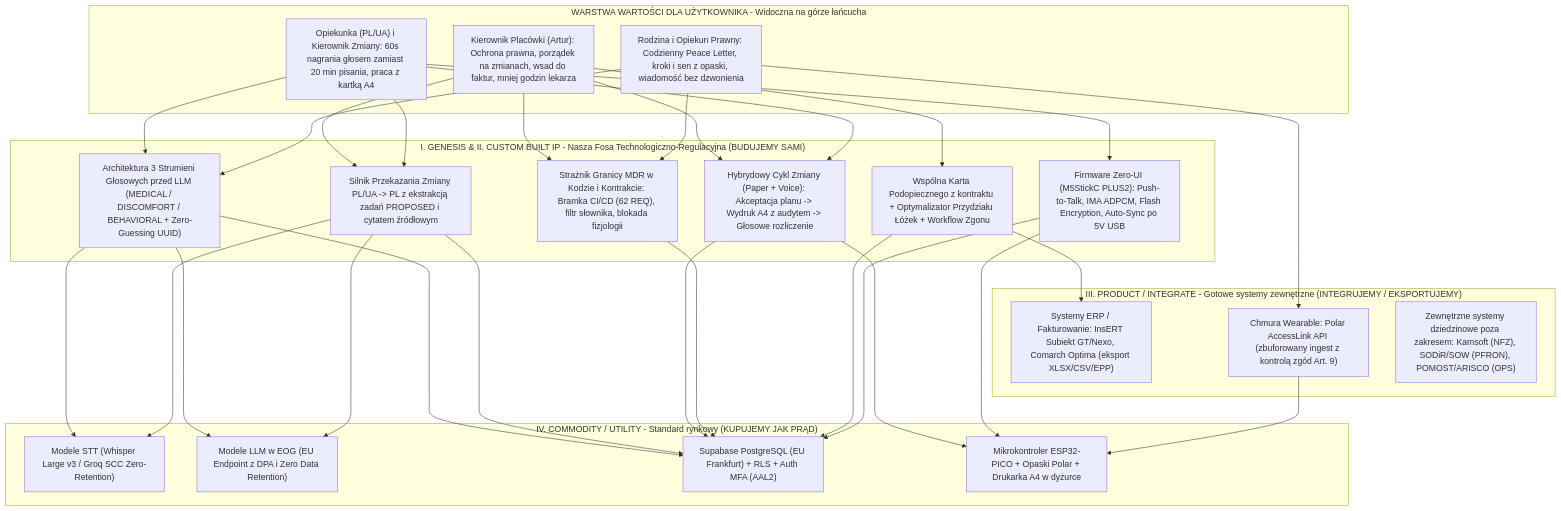
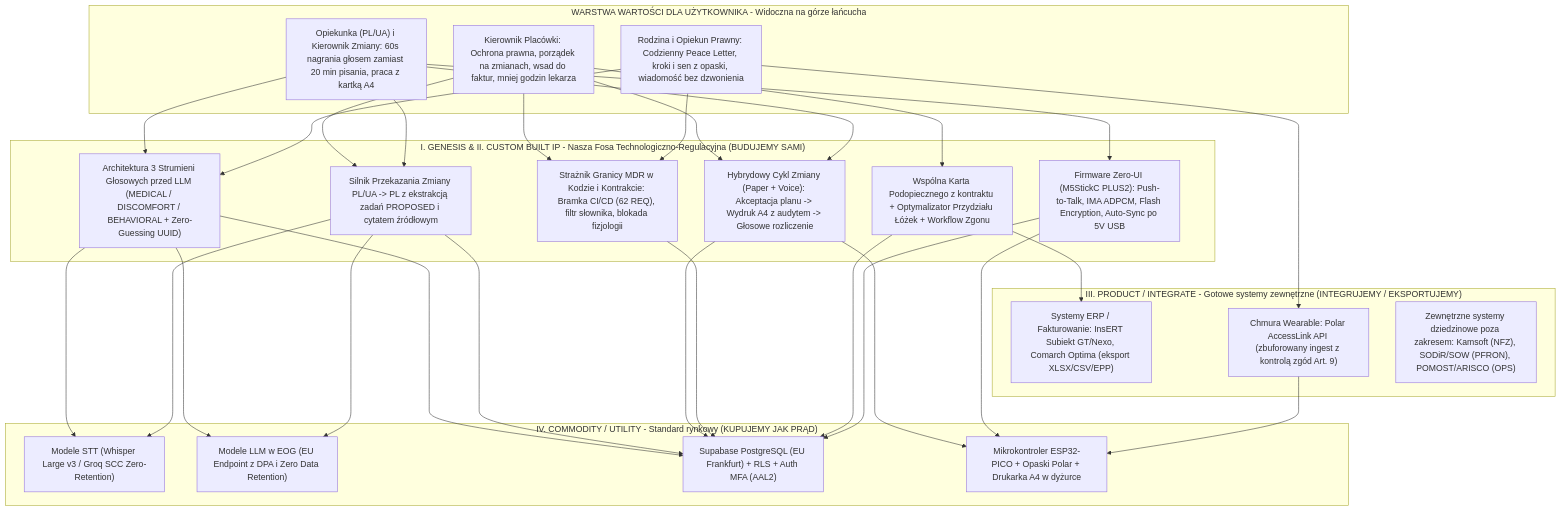
The fourth of 5 diagrams in docs/Product_discovery/00_STRATEGIA_I_MAPOWANIE_KONKURENCJI.md (aiprojectmanagersznurowski-afk/silver_care), drawn with Mermaid before and after one commit. The commit also changed other lines of this file and 13 other files, not shown here.

````diff
--- a/docs/Product_discovery/00_STRATEGIA_I_MAPOWANIE_KONKURENCJI.md
+++ b/docs/Product_discovery/00_STRATEGIA_I_MAPOWANIE_KONKURENCJI.md
@@ -169,43 +169,43 @@
 ```mermaid
 flowchart TB
     subgraph UserValue["WARSTWA WARTOŚCI DLA UŻYTKOWNIKA - Widoczna na górze łańcucha"]
-        V_Dir["Kierownik Placówki (Artur): Ochrona prawna, porządek na zmianach, wsad do faktur, mniej godzin lekarza"]
+        V_Dir["Kierownik Placówki: Ochrona prawna, porządek na zmianach, wsad do faktur, mniej godzin lekarza"]
         V_Staff["Opiekunka (PL/UA) i Kierownik Zmiany: 60s nagrania głosem zamiast 20 min pisania, praca z kartką A4"]
         V_Fam["Rodzina i Opiekun Prawny: Codzienny Peace Letter, kroki i sen z opaski, wiadomość bez dzwonienia"]
     end
 
     subgraph Genesis["I. GENESIS & II. CUSTOM BUILT IP - Nasza Fosa Technologiczno-Regulacyjna (BUDUJEMY SAMI)"]
         M1["Architektura 3 Strumieni Głosowych przed LLM (MEDICAL / DISCOMFORT / BEHAVIORAL + Zero-Guessing UUID)"]
         M2["Silnik Przekazania Zmiany PL/UA -> PL z ekstrakcją zadań PROPOSED i cytatem źródłowym"]
         M3["Hybrydowy Cykl Zmiany (Paper + Voice): Akceptacja planu -> Wydruk A4 z audytem -> Głosowe rozliczenie"]
         M4["Strażnik Granicy MDR w Kodzie i Kontrakcie: Bramka CI/CD (62 REQ), filtr słownika, blokada fizjologii"]
         M5["Wspólna Karta Podopiecznego z kontraktu + Optymalizator Przydziału Łóżek + Workflow Zgonu"]
         M6["Firmware Zero-UI (M5StickC PLUS2): Push-to-Talk, IMA ADPCM, Flash Encryption, Auto-Sync po 5V USB"]
     end
 
     subgraph ProductLayer["III. PRODUCT / INTEGRATE - Gotowe systemy zewnętrzne (INTEGRUJEMY / EKSPORTUJEMY)"]
         P1["Systemy ERP / Fakturowanie: InsERT Subiekt GT/Nexo, Comarch Optima (eksport XLSX/CSV/EPP)"]
         P2["Chmura Wearable: Polar AccessLink API (zbuforowany ingest z kontrolą zgód Art. 9)"]
         P3["Zewnętrzne systemy dziedzinowe poza zakresem: Kamsoft (NFZ), SODiR/SOW (PFRON), POMOST/ARISCO (OPS)"]
     end
 
     subgraph CommodityLayer["IV. COMMODITY / UTILITY - Standard rynkowy (KUPUJEMY JAK PRĄD)"]
         C_STT["Modele STT (Whisper Large v3 / Groq SCC Zero-Retention)"]
         C_LLM["Modele LLM w EOG (EU Endpoint z DPA i Zero Data Retention)"]
         C_DB["Supabase PostgreSQL (EU Frankfurt) + RLS + Auth MFA (AAL2)"]
         C_HW["Mikrokontroler ESP32-PICO + Opaski Polar + Drukarka A4 w dyżurce"]
     end
 
     V_Dir --> M2 & M3 & M4 & M5
     V_Staff --> M1 & M2 & M3 & M6
     V_Fam --> M1 & M4
 
     M1 --> C_STT & C_LLM & C_DB
     M2 --> C_STT & C_LLM & C_DB
     M3 --> C_DB & C_HW
     M4 --> C_DB
     M5 --> P1 & C_DB
     M6 --> C_HW & C_DB
     V_Fam --> P2
     P2 --> C_HW
 ```
````
